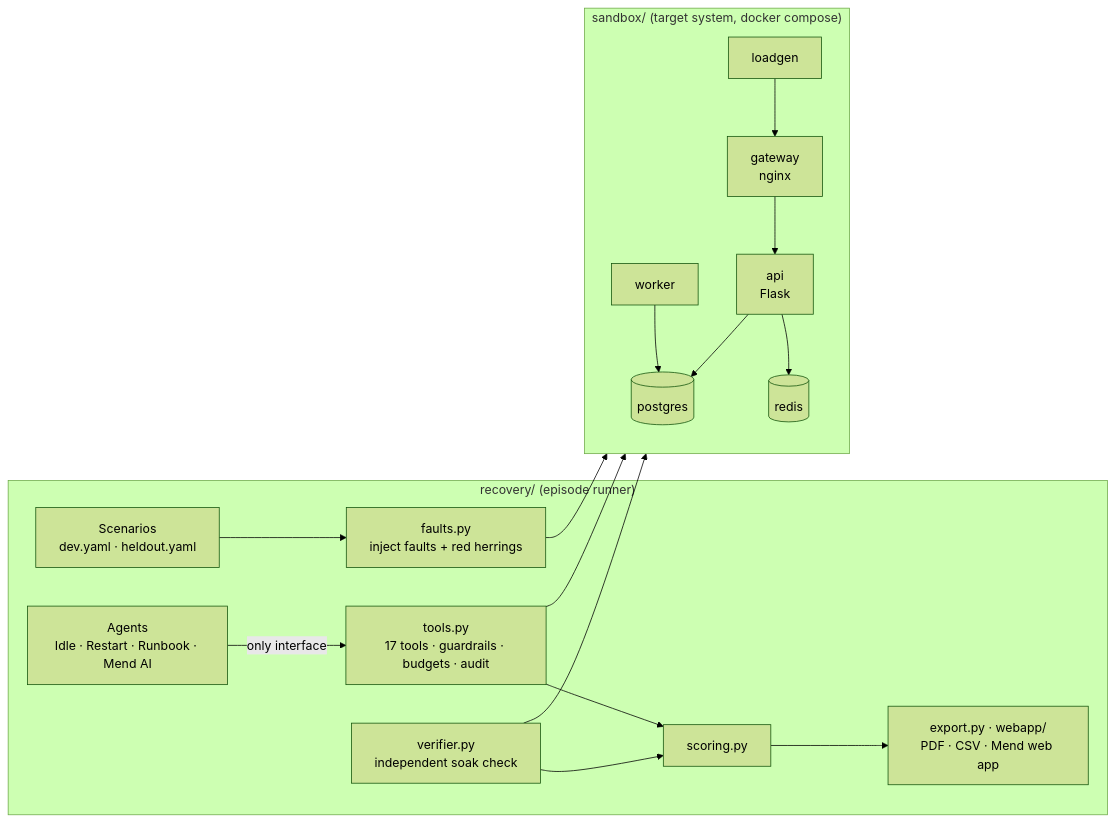
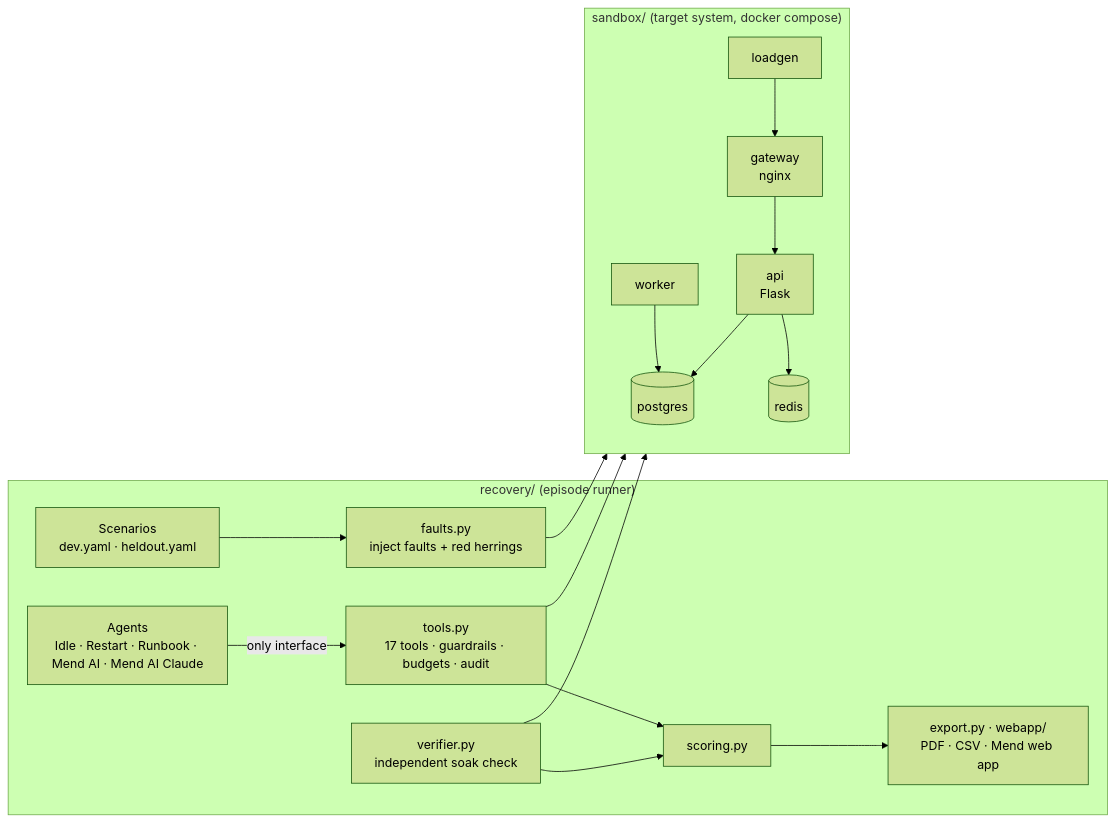
One commit to cisntsharp420/Mend changed the diagram in README.md. Above: the diagram before and after it, drawn with Mermaid (forest theme). The commit also changed other lines of this file and 9 other files, not shown here.

````diff
--- a/README.md
+++ b/README.md
@@ -310,19 +323,19 @@
 ```mermaid
 flowchart LR
     subgraph Harness["recovery/ (episode runner)"]
         S[Scenarios<br/>dev.yaml · heldout.yaml] --> F[faults.py<br/>inject faults + red herrings]
-        A[Agents<br/>Idle · Restart · Runbook · Mend AI] -->|only interface| T[tools.py<br/>17 tools · guardrails · budgets · audit]
+        A[Agents<br/>Idle · Restart · Runbook · Mend AI · Mend AI Claude] -->|only interface| T[tools.py<br/>17 tools · guardrails · budgets · audit]
         V[verifier.py<br/>independent soak check] --> SC[scoring.py]
         T --> SC
         SC --> R[export.py · webapp/<br/>PDF · CSV · Mend web app]
     end
     subgraph ShopStack["sandbox/ (target system, docker compose)"]
         G[gateway<br/>nginx] --> API[api<br/>Flask] --> PG[(postgres)]
         API --> RD[(redis)]
         W[worker] --> PG
         L[loadgen] --> G
     end
     F --> ShopStack
     T --> ShopStack
     V --> ShopStack
 ```
````
